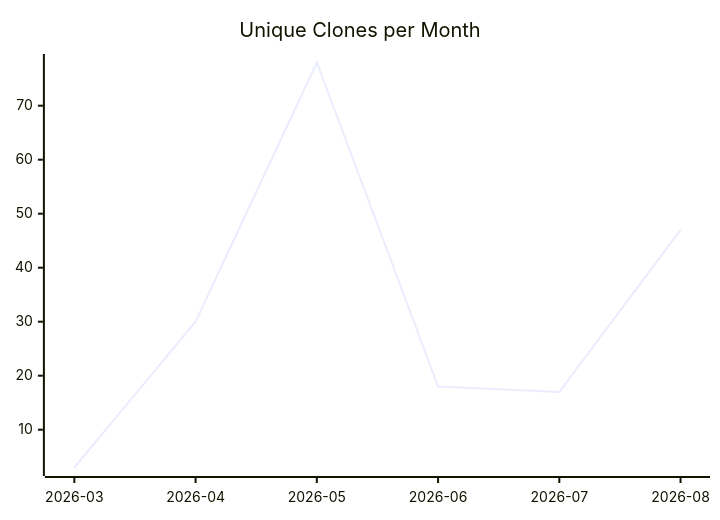
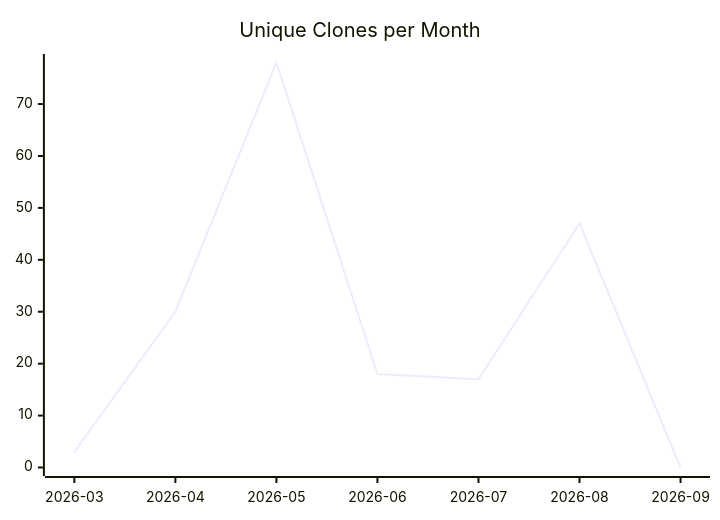
Before and after one commit to justdavis-family/github-analytics-data: the third of 3 diagrams in karlmdavis/justdavis-ansible/README.md, drawn with Mermaid. The commit also changed other lines of this file and 191 other files, not shown here.

````diff
--- a/karlmdavis/justdavis-ansible/README.md
+++ b/karlmdavis/justdavis-ansible/README.md
@@ -19,6 +19,6 @@
 ```mermaid
 xychart-beta
   title "Unique Clones per Month"
-  x-axis ["2026-03", "2026-04", "2026-05", "2026-06", "2026-07", "2026-08"]
-  line [3, 30, 78, 18, 17, 47]
+  x-axis ["2026-03", "2026-04", "2026-05", "2026-06", "2026-07", "2026-08", "2026-09"]
+  line [3, 30, 78, 18, 17, 47, 0]
 ```
````
